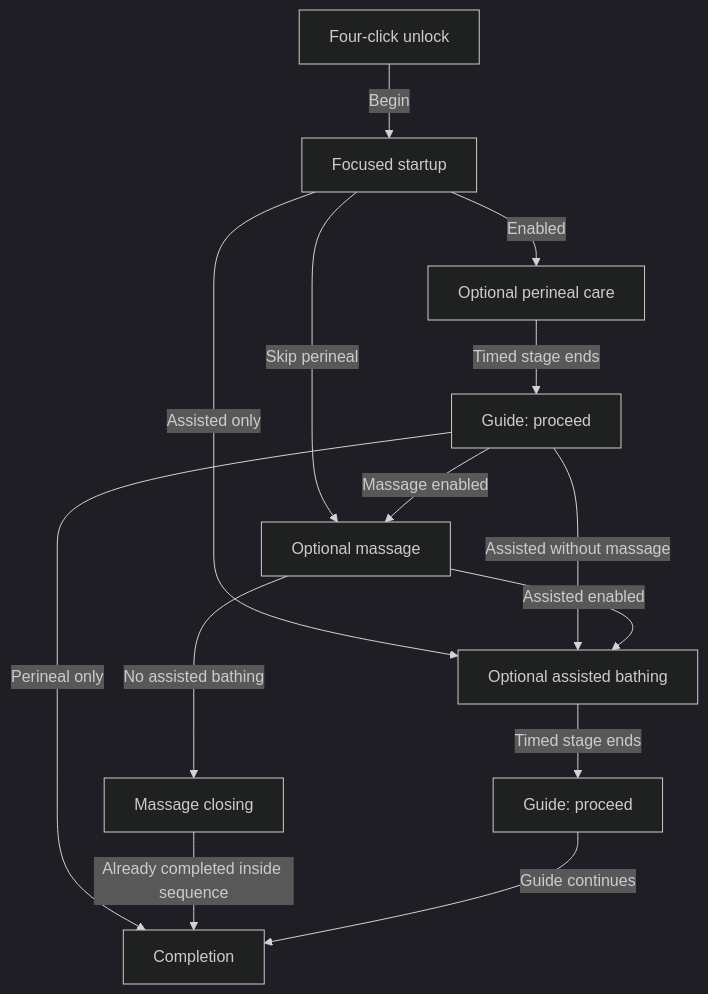
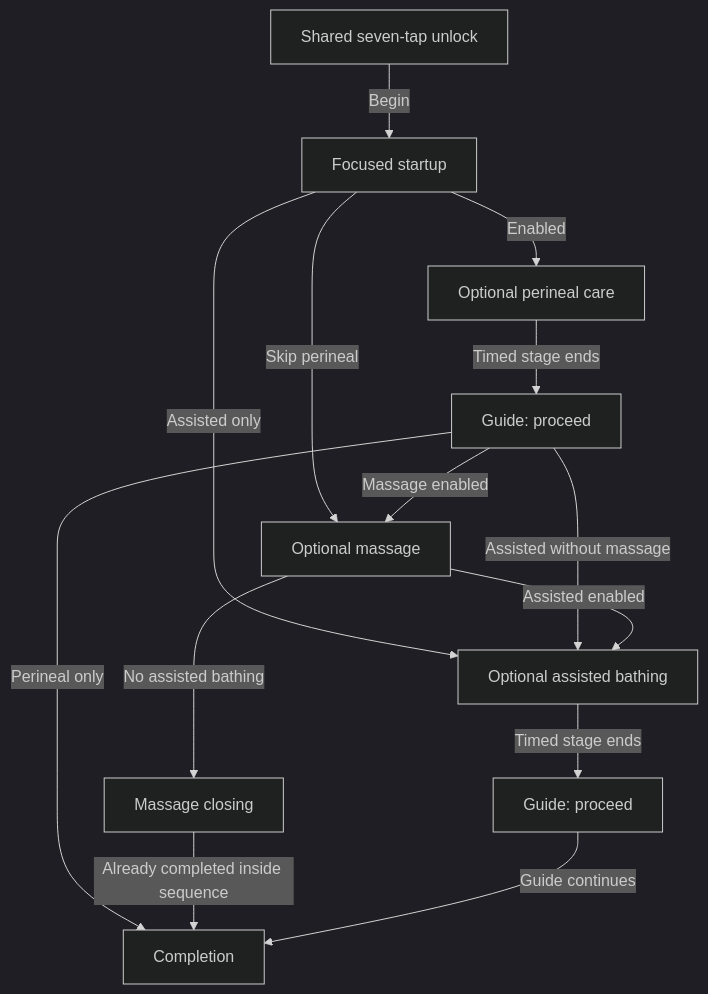
Before and after one commit to missionode/lite: the tenth of 24 diagrams in docs/app-map/FLOW-REFERENCE.md, drawn with Mermaid (dark theme). The commit also changed other lines of this file and 10 other files, not shown here.

First line of the commit message:
[CP-SHOTS-001] Couple Shots to the shared advanced unlock

````diff
--- a/docs/app-map/FLOW-REFERENCE.md
+++ b/docs/app-map/FLOW-REFERENCE.md
@@ -476,25 +476,25 @@
 ```mermaid
 flowchart TD
-  unlock["Four-click unlock"]
+  unlock["Shared seven-tap unlock"]
   start["Focused startup"]
   perineal["Optional perineal care"]
   gate1["Guide: proceed"]
   massage["Optional massage"]
   closing["Massage closing"]
   assisted["Optional assisted bathing"]
   gate2["Guide: proceed"]
   finish["Completion"]
   unlock -->|"Begin"| start
   start -->|"Enabled"| perineal
   start -->|"Skip perineal"| massage
   start -->|"Assisted only"| assisted
   perineal -->|"Timed stage ends"| gate1
   gate1 -->|"Massage enabled"| massage
   gate1 -->|"Assisted without massage"| assisted
   gate1 -->|"Perineal only"| finish
   massage -->|"No assisted bathing"| closing
   massage -->|"Assisted enabled"| assisted
   closing -->|"Already completed inside sequence"| finish
   assisted -->|"Timed stage ends"| gate2
   gate2 -->|"Guide continues"| finish
 ```
````
